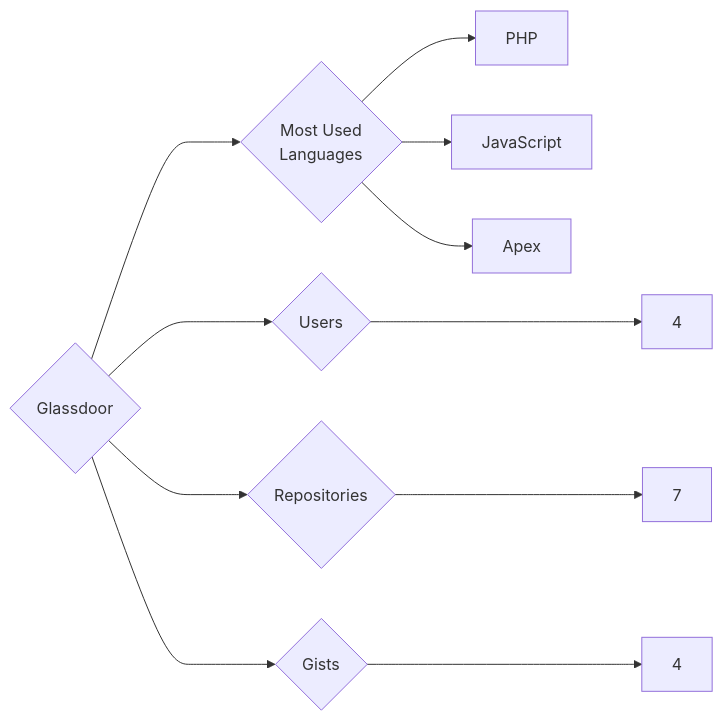
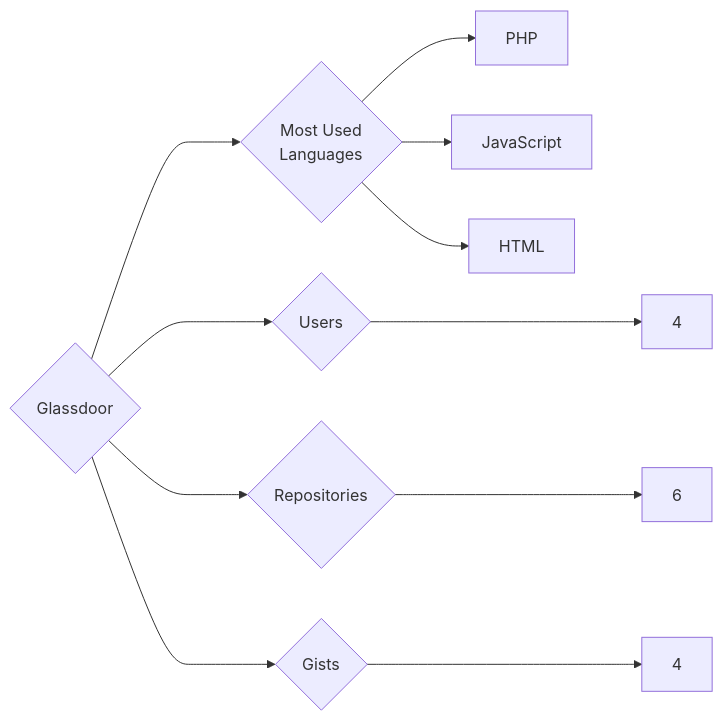
Before and after one commit to trickest/insiders: the diagram in targets/Glassdoor/README.md, drawn with Mermaid. The commit also changed 942 other files, not shown here.

````diff
--- a/targets/Glassdoor/README.md
+++ b/targets/Glassdoor/README.md
@@ -3,11 +3,11 @@
 ```mermaid
 graph LR
 COMPANY_NAME{Glassdoor}
 COMPANY_NAME ---> U{Users} ---> UN[4]
-COMPANY_NAME ---> R{Repositories} ---> RN[7]
+COMPANY_NAME ---> R{Repositories} ---> RN[6]
 COMPANY_NAME ---> G{Gists} ---> GN[4]
 COMPANY_NAME ---> ML{Most Used<br>Languages}
 ML --> PHP[PHP]
 ML --> JavaScript[JavaScript]
-ML --> Apex[Apex]
+ML --> HTML[HTML]
 ```
````
